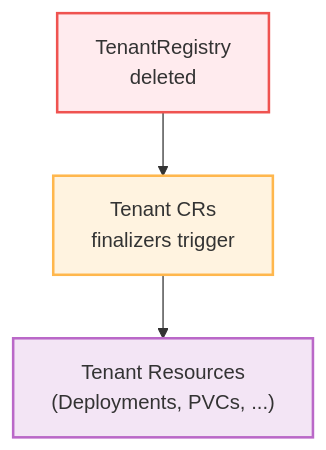
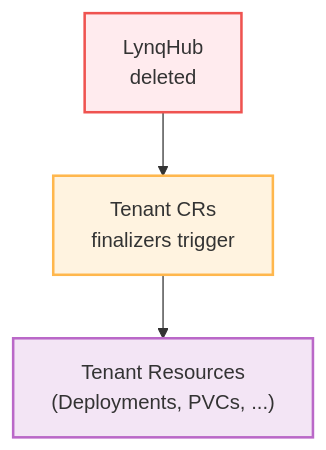
One commit to kubernetes-tenants/tenant-operator changed the second of 2 diagrams in docs/policies.md. Above: the diagram before and after it, drawn with Mermaid. The commit also changed other lines of this file and 193 other files, not shown here.

````diff
--- a/docs/policies.md
+++ b/docs/policies.md
@@ -260,8 +260,8 @@
 ```mermaid
 flowchart TB
-    Registry[TenantRegistry<br/>deleted] --> Tenants[Tenant CRs<br/>finalizers trigger]
+    Registry[LynqHub<br/>deleted] --> Tenants[Tenant CRs<br/>finalizers trigger]
     Tenants --> Resources["Tenant Resources<br/>(Deployments, PVCs, ...)"]
     style Registry fill:#ffebee,stroke:#ef5350,stroke-width:2px;
     style Tenants fill:#fff3e0,stroke:#ffb74d,stroke-width:2px;
     style Resources fill:#f3e5f5,stroke:#ba68c8,stroke-width:2px;
 ```
````
